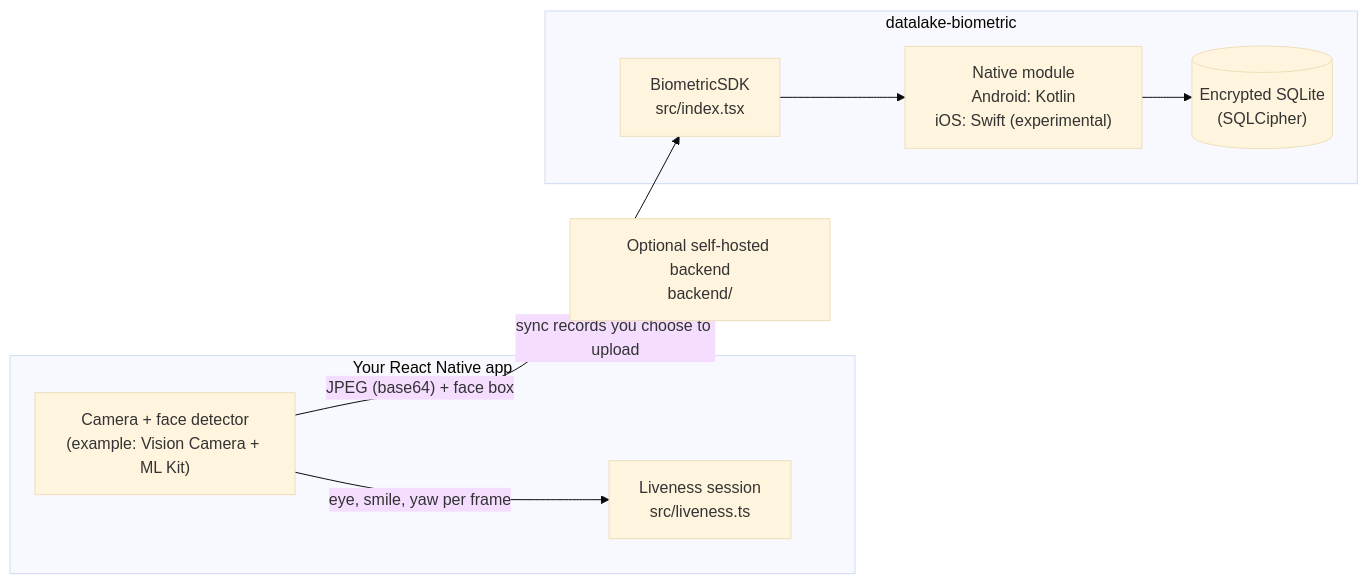
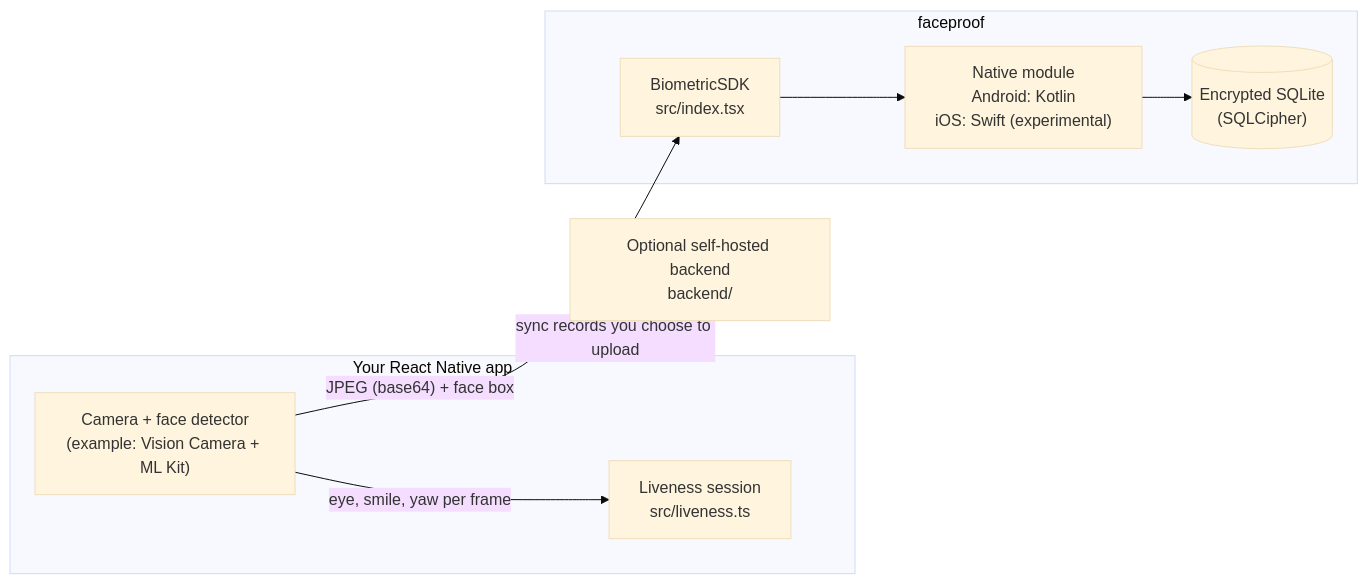
The first of 2 diagrams in docs/ARCHITECTURE.md (Ergane-Foundation/datalake-biometric), drawn with Mermaid (base theme) before and after one commit. The commit also changed other lines of this file and 99 other files, not shown here.

````diff
--- a/docs/ARCHITECTURE.md
+++ b/docs/ARCHITECTURE.md
@@ -8,19 +8,19 @@
 ```mermaid
 flowchart LR
   subgraph App["Your React Native app"]
     Cam["Camera + face detector<br/>(example: Vision Camera + ML Kit)"]
     Live["Liveness session<br/>src/liveness.ts"]
   end
-  subgraph SDK["datalake-biometric"]
+  subgraph SDK["faceproof"]
     JS["BiometricSDK<br/>src/index.tsx"]
     Native["Native module<br/>Android: Kotlin<br/>iOS: Swift (experimental)"]
     DB[("Encrypted SQLite<br/>(SQLCipher)")]
   end
   Backend["Optional self-hosted backend<br/>backend/"]
 
   Cam -- "eye, smile, yaw per frame" --> Live
   Cam -- "JPEG (base64) + face box" --> JS
   JS --> Native
   Native --> DB
   App -. "sync records you choose to upload" .-> Backend
 ```
````
